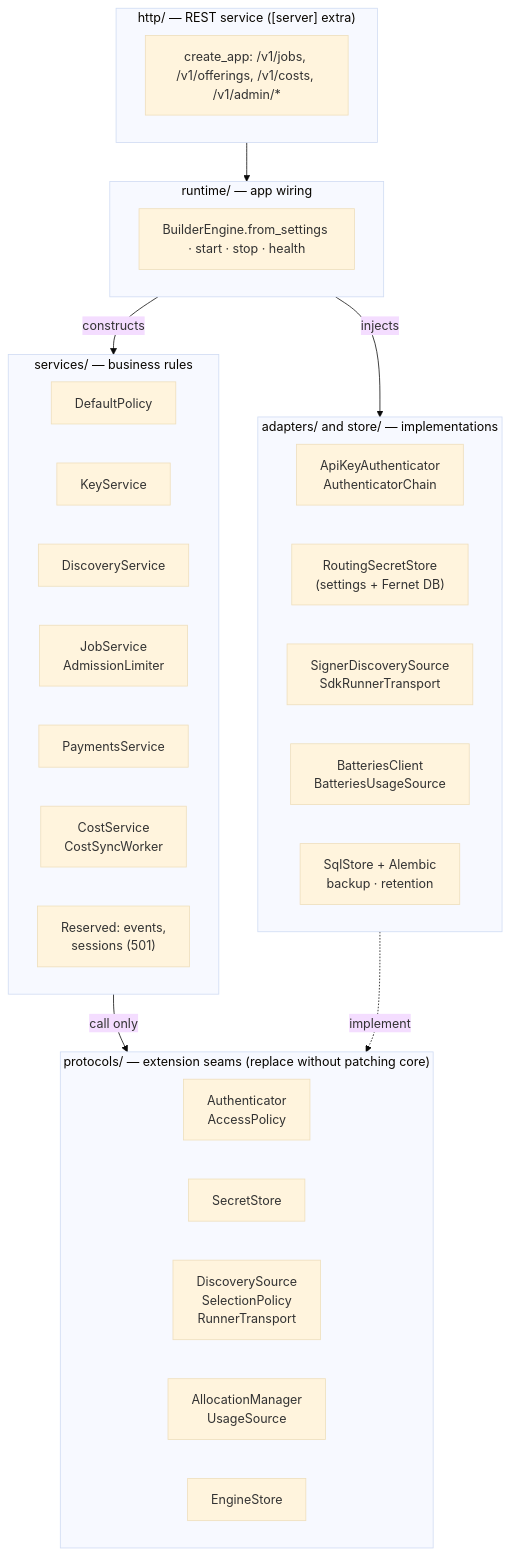
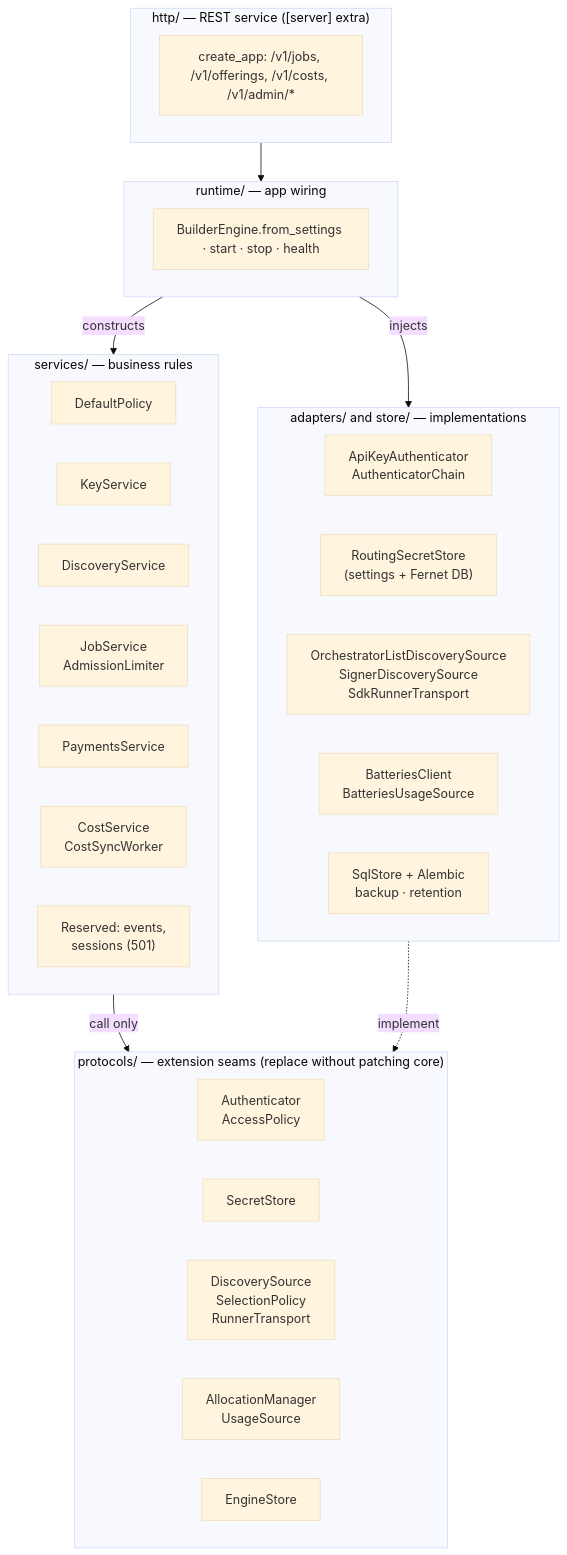
Before and after one commit to NE-Build-Track/livepeer-builder-core: the second of 12 diagrams in docs/design-docs/architecture-diagrams.md, drawn with Mermaid (base theme). The commit also changed 35 other files, not shown here.

````diff
--- a/docs/design-docs/architecture-diagrams.md
+++ b/docs/design-docs/architecture-diagrams.md
@@ -58,40 +58,40 @@
 ```mermaid
 flowchart TB
     subgraph UI["http/ — REST service ([server] extra)"]
         Routes["create_app: /v1/jobs, /v1/offerings, /v1/costs, /v1/admin/*"]
     end
     subgraph Wiring["runtime/ — app wiring"]
         BE["BuilderEngine.from_settings · start · stop · health"]
     end
     subgraph Services["services/ — business rules"]
         direction LR
         Policy["DefaultPolicy"]
         Keys["KeyService"]
         Disc["DiscoveryService"]
         Jobs["JobService<br/>AdmissionLimiter"]
         Pay["PaymentsService"]
         Costs["CostService<br/>CostSyncWorker"]
         Res["Reserved: events,<br/>sessions (501)"]
     end
     subgraph Protocols["protocols/ — extension seams (replace without patching core)"]
         direction LR
         PAuth["Authenticator<br/>AccessPolicy"]
         PSec["SecretStore"]
         PNet["DiscoverySource<br/>SelectionPolicy<br/>RunnerTransport"]
         PPay["AllocationManager<br/>UsageSource"]
         PStore["EngineStore"]
     end
     subgraph Impl["adapters/ and store/ — implementations"]
         direction LR
         AAuth["ApiKeyAuthenticator<br/>AuthenticatorChain"]
         ASec["RoutingSecretStore<br/>(settings + Fernet DB)"]
-        ASdk["SignerDiscoverySource<br/>SdkRunnerTransport"]
+        ASdk["OrchestratorListDiscoverySource<br/>SignerDiscoverySource<br/>SdkRunnerTransport"]
         ABat["BatteriesClient<br/>BatteriesUsageSource"]
         SQL["SqlStore + Alembic<br/>backup · retention"]
     end
     UI --> Wiring
     Wiring -->|"constructs"| Services
     Wiring -->|"injects"| Impl
     Services -->|"call only"| Protocols
     Impl -.->|"implement"| Protocols
 ```
````
